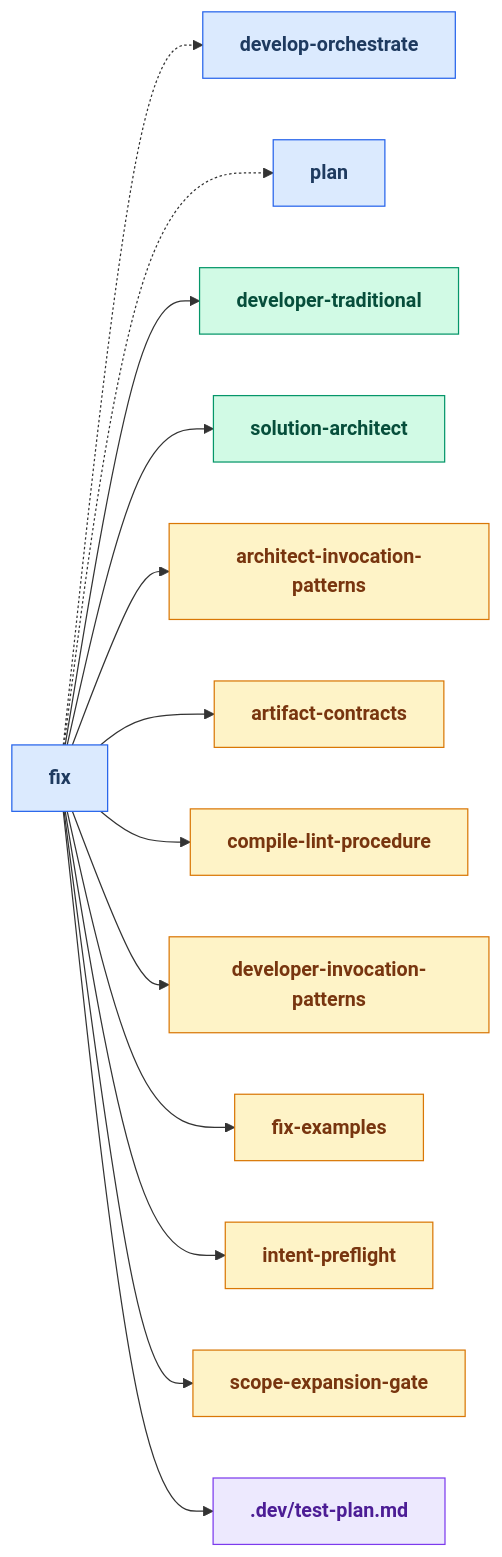
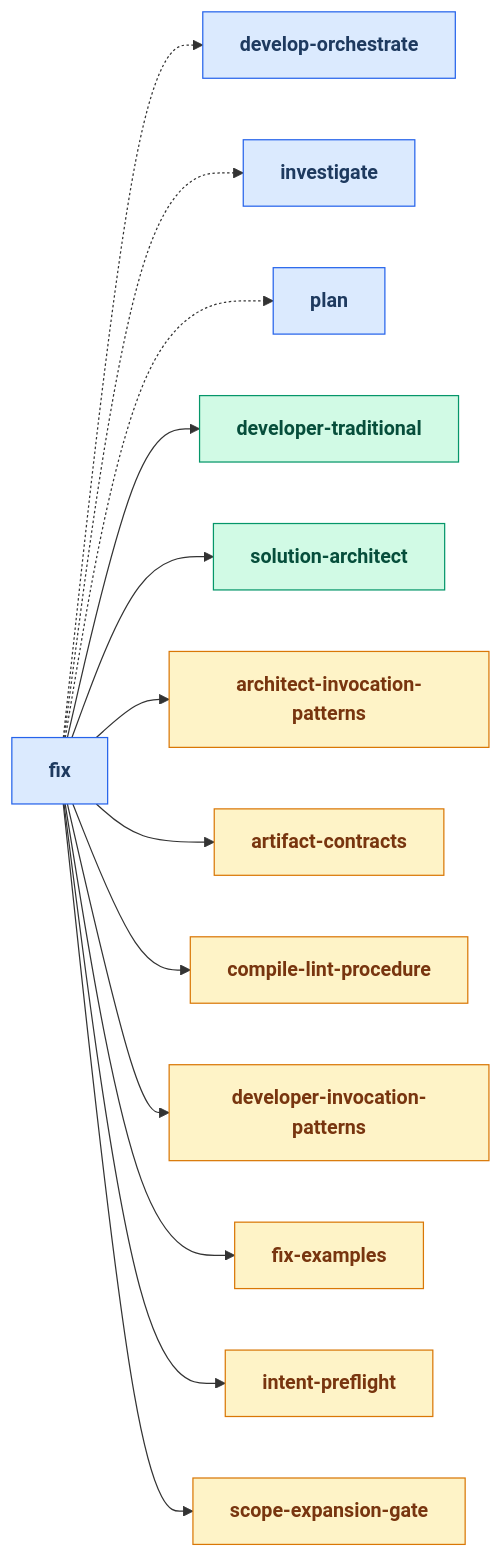
Before and after one commit to russell-laing/al-dev-shared: the fifth of 24 diagrams in docs/skills_map.md, drawn with Mermaid. The commit also changed other lines of this file, not shown here.

First line of the commit message:
📝 docs(skills-map): sync Layer 2 drilldowns with current skill set

````diff
--- a/docs/skills_map.md
+++ b/docs/skills_map.md
@@ -266,49 +260,49 @@
 ```mermaid
 flowchart LR
     classDef skillNode fill:#dbeafe,stroke:#2563eb,color:#1e3a5f,font-weight:bold
     classDef agentNode fill:#d1fae5,stroke:#059669,color:#064e3b,font-weight:bold
     classDef knowledgeNode fill:#fef3c7,stroke:#d97706,color:#78350f,font-weight:bold
     classDef artifactNode fill:#ede9fe,stroke:#7c3aed,color:#4c1d95,font-weight:bold
     classDef phaseNode fill:#e0e7ff,stroke:#6366f1,color:#312e81,font-weight:bold
 
     skill_fix[fix]
     skill_develop_orchestrate[develop-orchestrate]
+    skill_investigate[investigate]
     skill_plan[plan]
     agent_developer_traditional[developer-traditional]
     agent_solution_architect[solution-architect]
     knowledge_architect_invocation_patterns_md[architect-invocation-patterns]
     knowledge_artifact_contracts_md[artifact-contracts]
     knowledge_compile_lint_procedure_md[compile-lint-procedure]
     knowledge_developer_invocation_patterns_md[developer-invocation-patterns]
     knowledge_fix_examples_md[fix-examples]
     knowledge_intent_preflight_md[intent-preflight]
     knowledge_scope_expansion_gate_md[scope-expansion-gate]
-    artifact_test_plan_md[.dev/test-plan.md]
 
     skill_fix -.-> skill_develop_orchestrate
+    skill_fix -.-> skill_investigate
     skill_fix -.-> skill_plan
     skill_fix --> agent_developer_traditional
     skill_fix --> agent_solution_architect
     skill_fix --> knowledge_architect_invocation_patterns_md
     skill_fix --> knowledge_artifact_contracts_md
     skill_fix --> knowledge_compile_lint_procedure_md
     skill_fix --> knowledge_developer_invocation_patterns_md
     skill_fix --> knowledge_fix_examples_md
     skill_fix --> knowledge_intent_preflight_md
     skill_fix --> knowledge_scope_expansion_gate_md
-    skill_fix --> artifact_test_plan_md
 
     class skill_fix skillNode
     class skill_develop_orchestrate skillNode
+    class skill_investigate skillNode
     class skill_plan skillNode
     class agent_developer_traditional agentNode
     class agent_solution_architect agentNode
     class knowledge_architect_invocation_patterns_md knowledgeNode
     class knowledge_artifact_contracts_md knowledgeNode
     class knowledge_compile_lint_procedure_md knowledgeNode
     class knowledge_developer_invocation_patterns_md knowledgeNode
     class knowledge_fix_examples_md knowledgeNode
     class knowledge_intent_preflight_md knowledgeNode
     class knowledge_scope_expansion_gate_md knowledgeNode
-    class artifact_test_plan_md artifactNode
 ```
````
